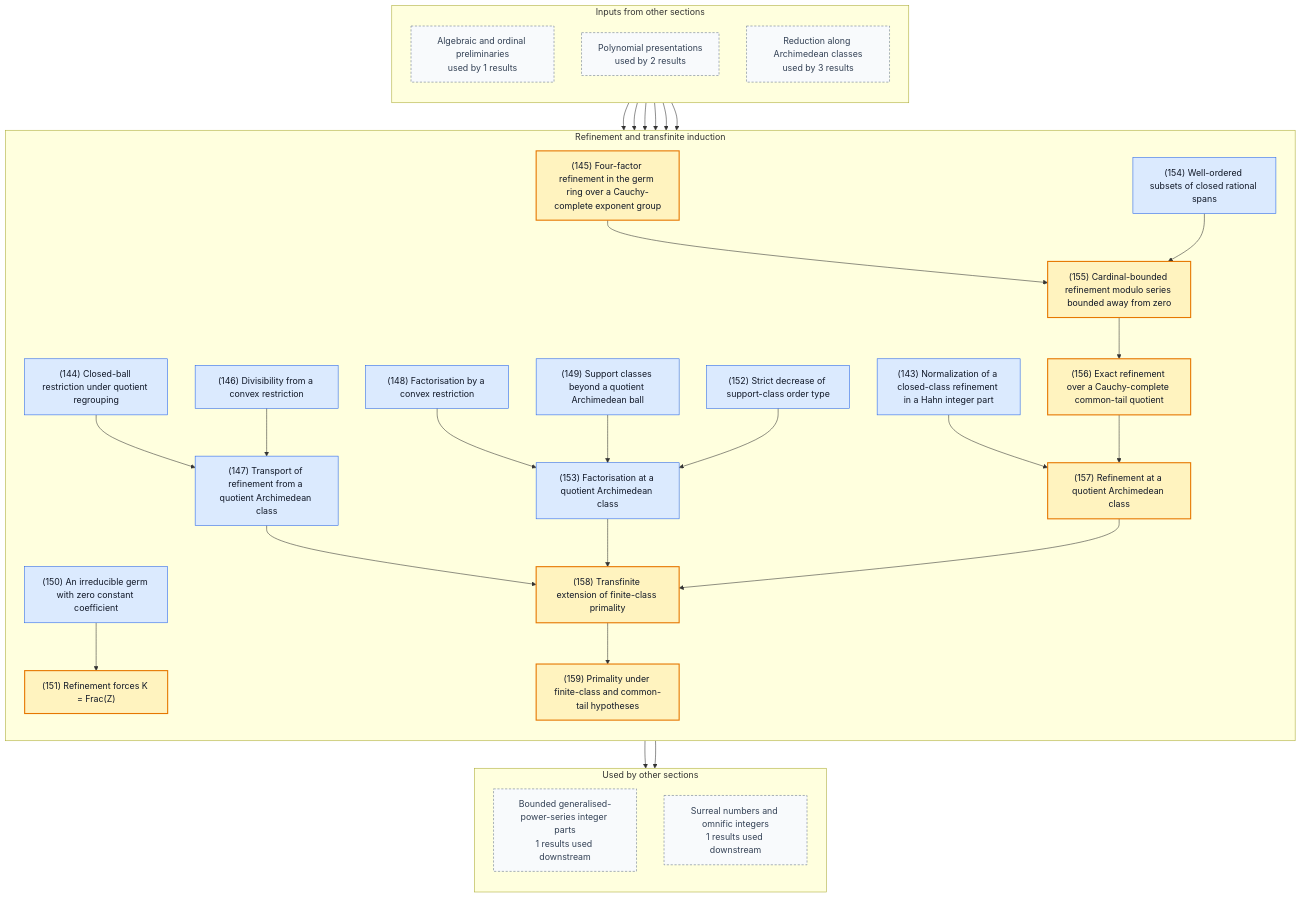
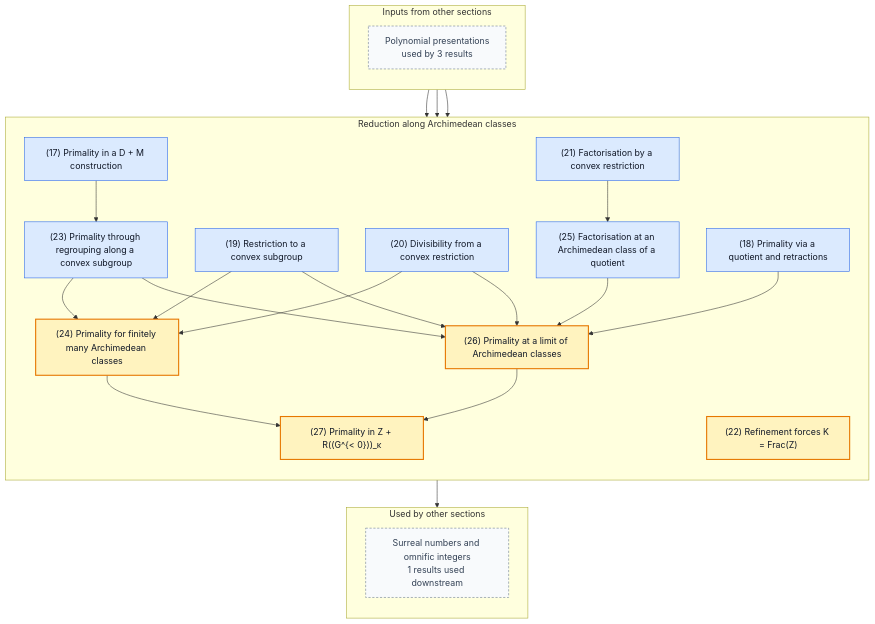
One commit to gaearon/conway-refinement changed the fourth of 5 diagrams in README.md. Above: the diagram before and after it, drawn with Mermaid. The commit also changed other lines of this file and 699 other files, not shown here.

```diff
--- a/README.md
+++ b/README.md
@@ -1141,76 +312,54 @@
 flowchart TB
   subgraph inputs["Inputs from other sections"]
     direction TB
-    in0["Algebraic and ordinal preliminaries<br/>used by 1 results"]:::boundary
-    in1["Polynomial presentations<br/>used by 2 results"]:::boundary
-    in2["Reduction along Archimedean classes<br/>used by 3 results"]:::boundary
+    in0["Polynomial presentations<br/>used by 3 results"]:::boundary
   end
-  subgraph current["Refinement and transfinite induction"]
+  subgraph current["Reduction along Archimedean classes"]
     direction TB
-    n143["(143) Normalization of a closed-class refinement in a Hahn integer part"]:::lemma
-    n144["(144) Closed-ball restriction under quotient regrouping"]:::lemma
-    n145["(145) Four-factor refinement in the germ ring over a Cauchy-complete exponent group"]:::theorem
-    n146["(146) Divisibility from a convex restriction"]:::lemma
-    n147["(147) Transport of refinement from a quotient Archimedean class"]:::lemma
-    n148["(148) Factorisation by a convex restriction"]:::lemma
-    n149["(149) Support classes beyond a quotient Archimedean ball"]:::lemma
-    n150["(150) An irreducible germ with zero constant coefficient"]:::lemma
-    n151["(151) Refinement forces K = Frac(Z)"]:::theorem
-    n152["(152) Strict decrease of support-class order type"]:::lemma
-    n153["(153) Factorisation at a quotient Archimedean class"]:::lemma
-    n154["(154) Well-ordered subsets of closed rational spans"]:::lemma
-    n155["(155) Cardinal-bounded refinement modulo series bounded away from zero"]:::theorem
-    n156["(156) Exact refinement over a Cauchy-complete common-tail quotient"]:::theorem
-    n157["(157) Refinement at a quotient Archimedean class"]:::theorem
-    n158["(158) Transfinite extension of finite-class primality"]:::theorem
-    n159["(159) Primality under finite-class and common-tail hypotheses"]:::theorem
+    n017["(17) Primality in a D + M construction"]:::lemma
+    n018["(18) Primality via a quotient and retractions"]:::lemma
+    n019["(19) Restriction to a convex subgroup"]:::lemma
+    n020["(20) Divisibility from a convex restriction"]:::lemma
+    n021["(21) Factorisation by a convex restriction"]:::lemma
+    n022["(22) Refinement forces K = Frac(Z)"]:::theorem
+    n023["(23) Primality through regrouping along a convex subgroup"]:::lemma
+    n024["(24) Primality for finitely many Archimedean classes"]:::theorem
+    n025["(25) Factorisation at an Archimedean class of a quotient"]:::lemma
+    n026["(26) Primality at a limit of Archimedean classes"]:::theorem
+    n027["(27) Primality in Z + R((G^{&lt; 0}))_κ"]:::theorem
   end
   subgraph outputs["Used by other sections"]
     direction TB
-    out0["Bounded generalised-power-series integer parts<br/>1 results used downstream"]:::boundary
-    out1["Surreal numbers and omnific integers<br/>1 results used downstream"]:::boundary
+    out0["Surreal numbers and omnific integers<br/>1 results used downstream"]:::boundary
   end
 
-  n144 --> n147
-  n146 --> n147
-  n150 --> n151
-  n148 --> n153
-  n149 --> n153
-  n152 --> n153
-  n145 --> n155
-  n154 --> n155
-  n155 --> n156
-  n143 --> n157
-  n156 --> n157
-  n147 --> n158
-  n153 --> n158
-  n157 --> n158
-  n158 --> n159
-  in1 --> n145
-  in2 --> n147
-  in1 --> n150
-  in0 --> n151
-  in2 --> n157
-  in2 --> n159
-  n159 --> out0
-  n158 --> out1
-  click n143 "https://gaearon.github.io/conway-refinement/#/result/closed-class-refinement-normalization" "Open the statement for lemma 143"
-  click n144 "https://gaearon.github.io/conway-refinement/#/result/quotient-regrouping-closed-ball-restriction" "Open the statement for lemma 144"
-  click n145 "https://gaearon.github.io/conway-refinement/#/result/complete-hahn-germ-refinement" "Open the statement for theorem 145"
-  click n146 "https://gaearon.github.io/conway-refinement/#/result/divisibility-from-convex-restriction" "Open the statement for lemma 146"
-  click n147 "https://gaearon.github.io/conway-refinement/#/result/closed-class-refinement-transport" "Open the statement for lemma 147"
-  click n148 "https://gaearon.github.io/conway-refinement/#/result/factorisation-by-convex-restriction" "Open the statement for lemma 148"
-  click n149 "https://gaearon.github.io/conway-refinement/#/result/tail-quotient-class-bounds-support-classes" "Open the statement for lemma 149"
-  click n150 "https://gaearon.github.io/conway-refinement/#/result/irreducible-zero-constant-germ" "Open the statement for lemma 150"
-  click n151 "https://gaearon.github.io/conway-refinement/#/result/refinement-forces-coefficient-fraction-field" "Open the statement for theorem 151"
-  click n152 "https://gaearon.github.io/conway-refinement/#/result/support-class-order-type-strict-decrease" "Open the statement for lemma 152"
-  click n153 "https://gaearon.github.io/conway-refinement/#/result/support-class-factorisation" "Open the statement for lemma 153"
-  click n154 "https://gaearon.github.io/conway-refinement/#/result/well-ordered-subset-closed-rational-span-cardinality" "Open the statement for lemma 154"
-  click n155 "https://gaearon.github.io/conway-refinement/#/result/cardinal-bounded-germ-refinement" "Open the statement for theorem 155"
-  click n156 "https://gaearon.github.io/conway-refinement/#/result/complete-tail-quotient-refinement" "Open the statement for theorem 156"
-  click n157 "https://gaearon.github.io/conway-refinement/#/result/support-class-refinement" "Open the statement for theorem 157"
-  click n158 "https://gaearon.github.io/conway-refinement/#/result/limit-tail-primality" "Open the statement for theorem 158"
-  click n159 "https://gaearon.github.io/conway-refinement/#/result/hahn-integer-part-primality" "Open the statement for theorem 159"
+  n017 --> n023
+  n019 --> n024
+  n020 --> n024
+  n023 --> n024
+  n021 --> n025
+  n018 --> n026
+  n019 --> n026
+  n020 --> n026
+  n023 --> n026
+  n025 --> n026
+  n024 --> n027
+  n026 --> n027
+  in0 --> n022
+  in0 --> n024
+  in0 --> n026
+  n027 --> out0
+  click n017 "https://gaearon.github.io/conway-refinement/#/result/primality-in-d-plus-m" "Open the statement for lemma 17"
+  click n018 "https://gaearon.github.io/conway-refinement/#/result/primality-from-germs-and-restrictions" "Open the statement for lemma 18"
+  click n019 "https://gaearon.github.io/conway-refinement/#/result/convex-restriction-ring-hom" "Open the statement for lemma 19"
+  click n020 "https://gaearon.github.io/conway-refinement/#/result/divisibility-from-convex-restriction" "Open the statement for lemma 20"
+  click n021 "https://gaearon.github.io/conway-refinement/#/result/factorisation-by-convex-restriction" "Open the statement for lemma 21"
+  click n022 "https://gaearon.github.io/conway-refinement/#/result/refinement-forces-coefficient-fraction-field" "Open the statement for theorem 22"
+  click n023 "https://gaearon.github.io/conway-refinement/#/result/primality-through-regrouping" "Open the statement for lemma 23"
+  click n024 "https://gaearon.github.io/conway-refinement/#/result/finite-support-classes-primality" "Open the statement for theorem 24"
+  click n025 "https://gaearon.github.io/conway-refinement/#/result/support-class-factorisation" "Open the statement for lemma 25"
+  click n026 "https://gaearon.github.io/conway-refinement/#/result/limit-tail-step" "Open the statement for theorem 26"
+  click n027 "https://gaearon.github.io/conway-refinement/#/result/hahn-integer-part-primality" "Open the statement for theorem 27"
 
   classDef theorem fill:#fff3bf,stroke:#e67700,stroke-width:2px,color:#111827
   classDef definition fill:#f3f4f6,stroke:#4b5563,color:#111827
```
